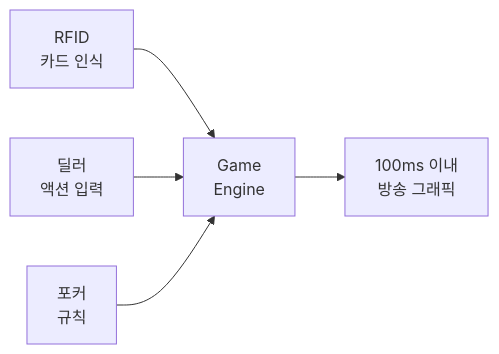
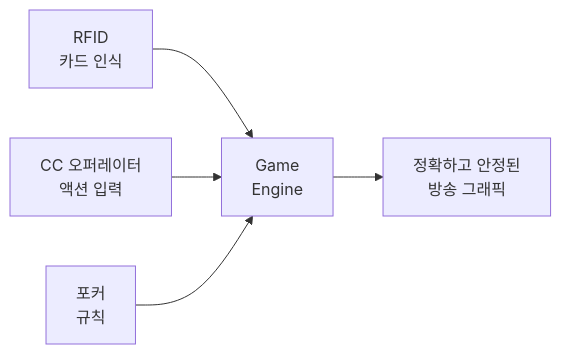
The first of 6 diagrams in docs/1. Product/Foundation.md (garimto81/ebs_github), drawn with Mermaid before and after one commit. The commit also changed other lines of this file and 12 other files, not shown here.

````diff
--- a/docs/1. Product/Foundation.md
+++ b/docs/1. Product/Foundation.md
@@ -222,7 +222,7 @@
 ```mermaid
 flowchart LR
     A[RFID<br/>카드 인식] --> D[Game<br/>Engine]
-    B[딜러<br/>액션 입력] --> D
+    B[CC 오퍼레이터<br/>액션 입력] --> D
     C[포커<br/>규칙] --> D
-    D --> E["100ms 이내<br/>방송 그래픽"]
+    D --> E["정확하고 안정된<br/>방송 그래픽"]
 ```
````
